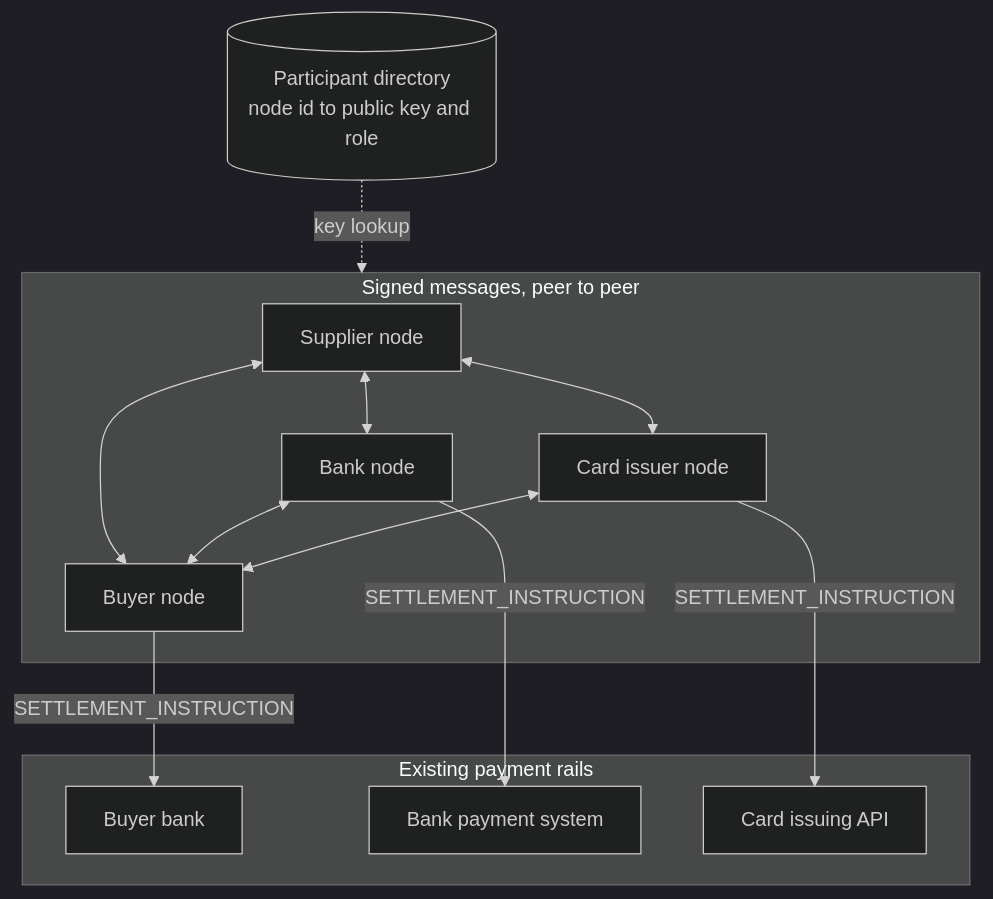
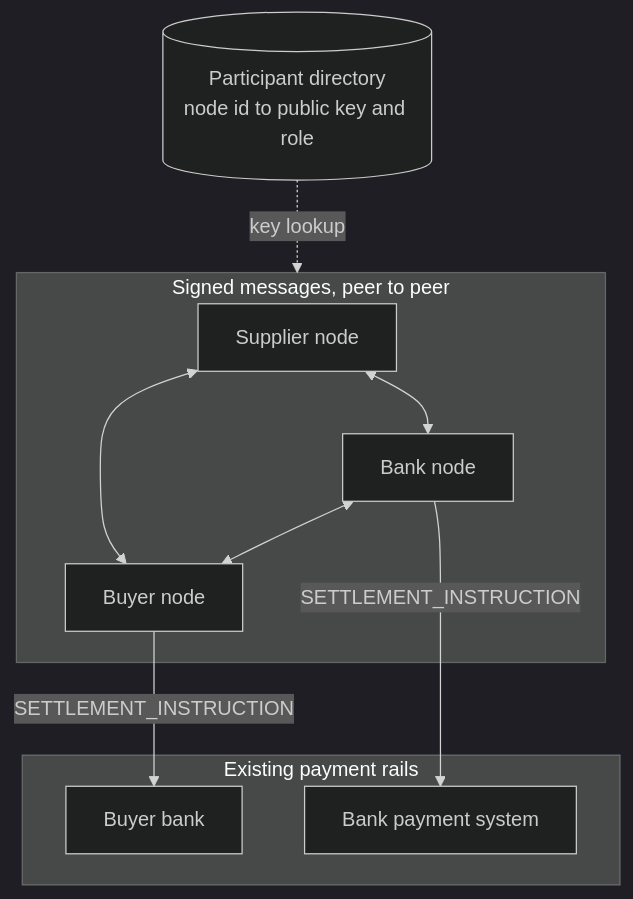
Before and after one commit to 4rnaudD/hackathon: the third of 3 diagrams in README.md, drawn with Mermaid (dark theme). The commit also changed other lines of this file and 8 other files, not shown here.

First line of the commit message:
Remove the card issuer as a funding route

````diff
--- a/README.md
+++ b/README.md
@@ -90,28 +87,23 @@
 ```mermaid
 flowchart TB
     D[("Participant directory<br/>node id to public key and role")]
 
     subgraph P2P["Signed messages, peer to peer"]
         SN["Supplier node"]
         BN["Buyer node"]
         FN["Bank node"]
-        CN["Card issuer node"]
     end
 
     SN <--> BN
     SN <--> FN
-    SN <--> CN
     FN <--> BN
-    CN <--> BN
     D -.->|"key lookup"| P2P
 
     subgraph RAILS["Existing payment rails"]
         BR["Buyer bank"]
         FR["Bank payment system"]
-        CR["Card issuing API"]
     end
 
     BN -->|"SETTLEMENT_INSTRUCTION"| BR
     FN -->|"SETTLEMENT_INSTRUCTION"| FR
-    CN -->|"SETTLEMENT_INSTRUCTION"| CR
 ```
````
